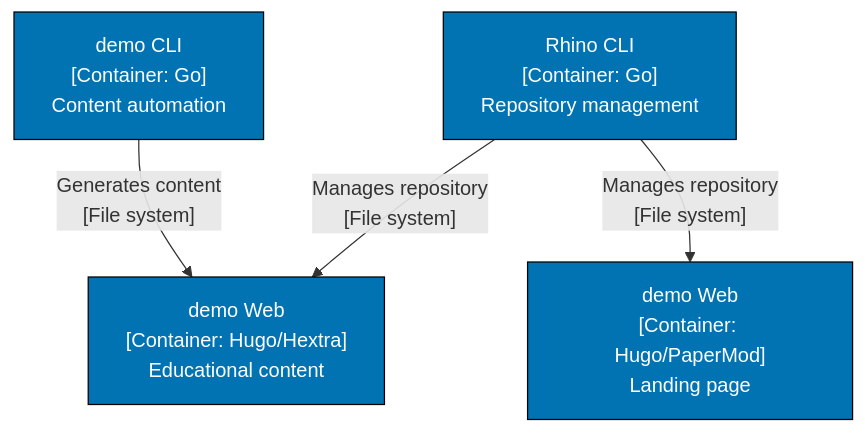
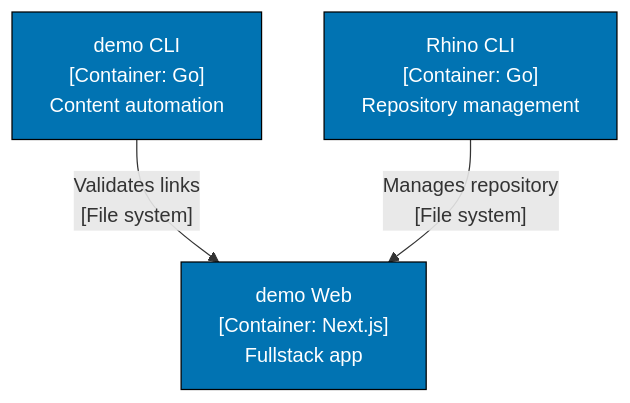
One commit to wahidyankf/ose-primer changed the first of 2 diagrams in docs/explanation/software-engineering/architecture/c4-architecture-model/nx-workspace-visualization.md. Above: the diagram before and after it, drawn with Mermaid. The commit also changed other lines of this file and 44 other files, not shown here.

````diff
--- a/docs/explanation/software-engineering/architecture/c4-architecture-model/nx-workspace-visualization.md
+++ b/docs/explanation/software-engineering/architecture/c4-architecture-model/nx-workspace-visualization.md
@@ -46,13 +45,11 @@
 ```mermaid
 graph TD
-    OseWeb["demo Web<br/>[Container: Hugo/PaperMod]<br/>Landing page"]:::blue
-    AyoWeb["demo Web<br/>[Container: Hugo/Hextra]<br/>Educational content"]:::blue
+    OseWeb["demo Web<br/>[Container: Next.js]<br/>Fullstack app"]:::blue
     AyoCLI["demo CLI<br/>[Container: Go]<br/>Content automation"]:::blue
     RhinoCLI["Rhino CLI<br/>[Container: Go]<br/>Repository management"]:::blue
 
-    AyoCLI -->|"Generates content<br/>[File system]"| AyoWeb
+    AyoCLI -->|"Validates links<br/>[File system]"| OseWeb
     RhinoCLI -->|"Manages repository<br/>[File system]"| OseWeb
-    RhinoCLI -->|"Manages repository<br/>[File system]"| AyoWeb
 
     classDef blue fill:#0173B2,stroke:#000,color:#FFF
 ```
````
